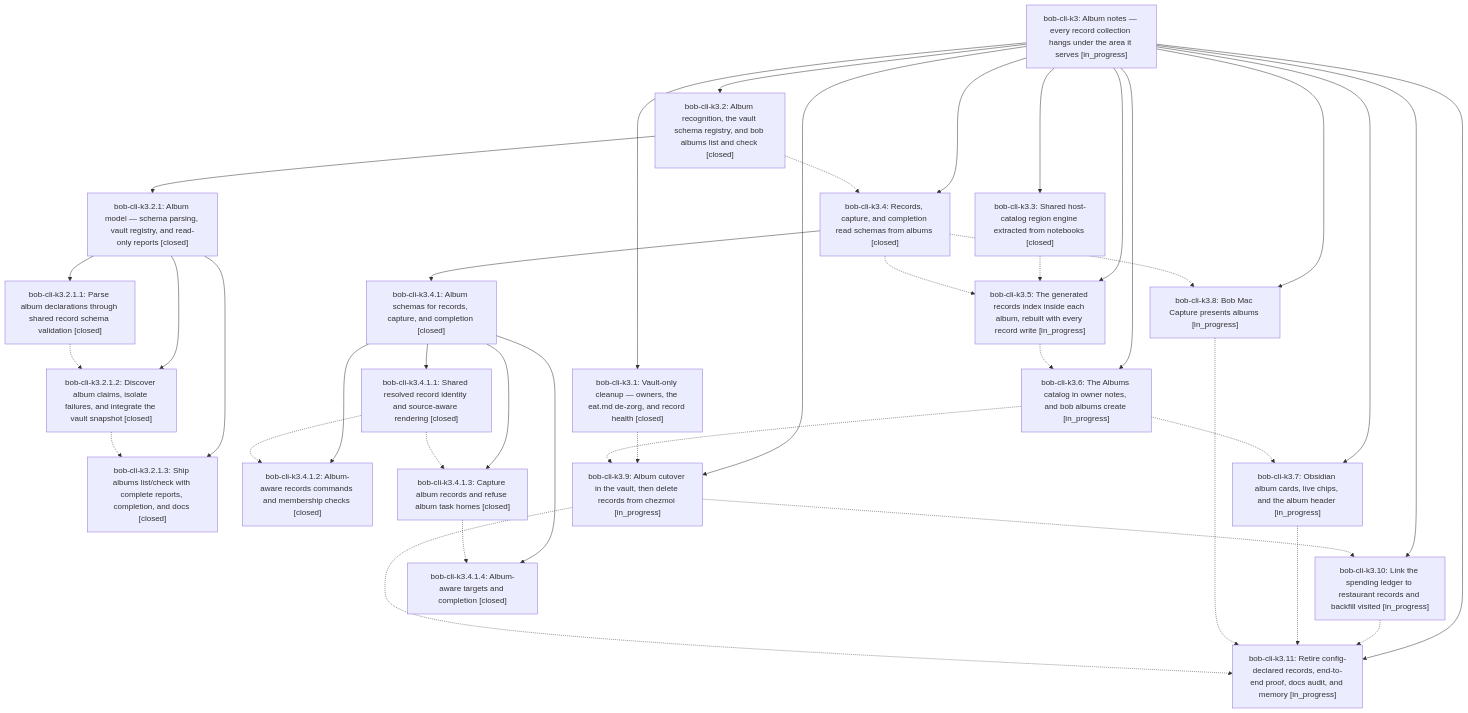
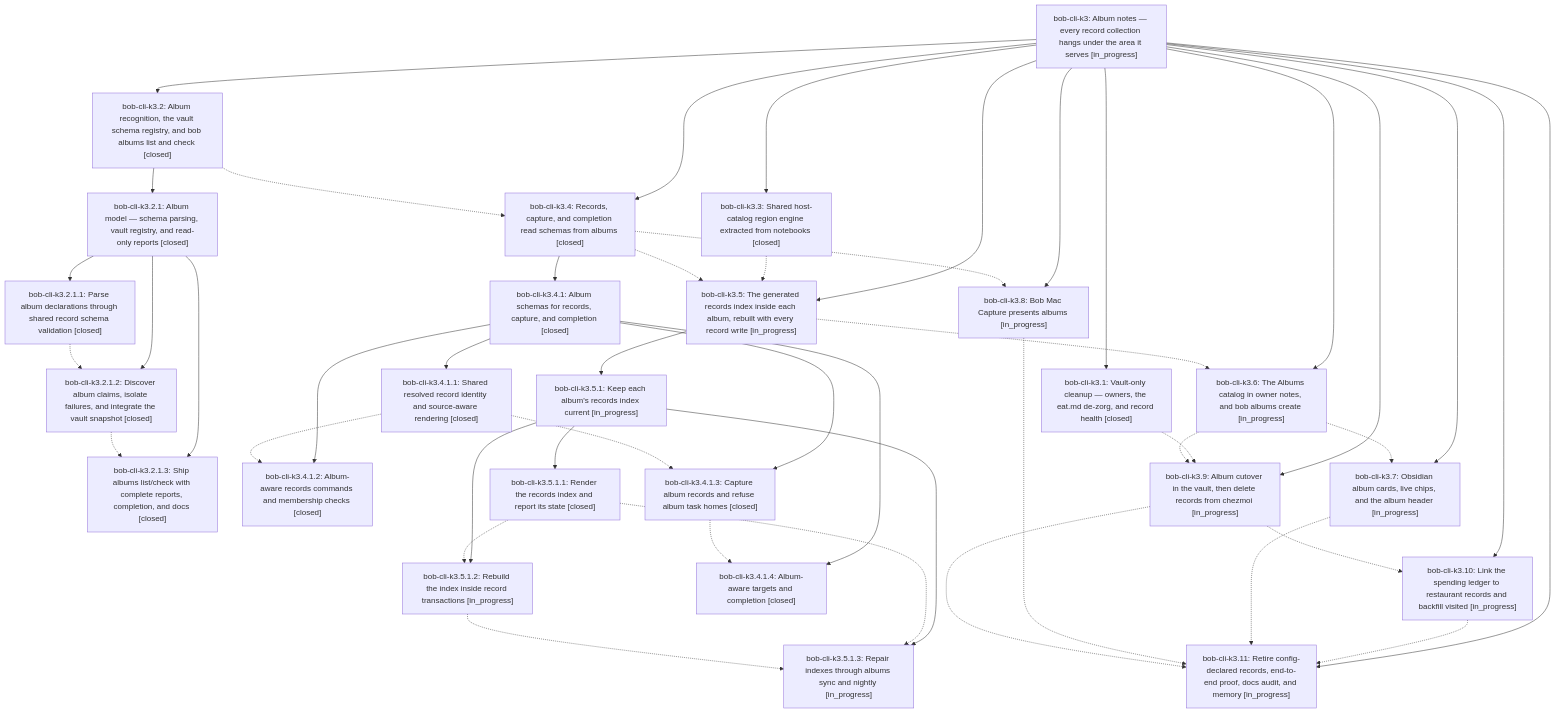
One commit to bobs-org/bob-cli--beads changed the diagram in pages/bob-cli-k3/README.md. Above: the diagram before and after it, drawn with Mermaid. The commit also changed other lines of this file and 6 other files, not shown here.

First line of the commit message:
chore(beads): sync bead state and pages for bob-cli-k3

````diff
--- a/pages/bob-cli-k3/README.md
+++ b/pages/bob-cli-k3/README.md
@@ -46,62 +46,73 @@
 ```mermaid
 flowchart TD
     n0["bob-cli-k3: Album notes — every record collection hangs under the area it serves [in_progress]"]
     n1["bob-cli-k3.1: Vault-only cleanup — owners, the eat.md de-zorg, and record health [closed]"]
     n2["bob-cli-k3.10: Link the spending ledger to restaurant records and backfill visited [in_progress]"]
     n3["bob-cli-k3.11: Retire config-declared records, end-to-end proof, docs audit, and memory [in_progress]"]
     n4["bob-cli-k3.2: Album recognition, the vault schema registry, and bob albums list and check [closed]"]
     n5["bob-cli-k3.2.1: Album model — schema parsing, vault registry, and read-only reports [closed]"]
     n6["bob-cli-k3.2.1.1: Parse album declarations through shared record schema validation [closed]"]
     n7["bob-cli-k3.2.1.2: Discover album claims, isolate failures, and integrate the vault snapshot [closed]"]
     n8["bob-cli-k3.2.1.3: Ship albums list/check with complete reports, completion, and docs [closed]"]
     n9["bob-cli-k3.3: Shared host-catalog region engine extracted from notebooks [closed]"]
     n10["bob-cli-k3.4: Records, capture, and completion read schemas from albums [closed]"]
     n11["bob-cli-k3.4.1: Album schemas for records, capture, and completion [closed]"]
     n12["bob-cli-k3.4.1.1: Shared resolved record identity and source-aware rendering [closed]"]
     n13["bob-cli-k3.4.1.2: Album-aware records commands and membership checks [closed]"]
     n14["bob-cli-k3.4.1.3: Capture album records and refuse album task homes [closed]"]
     n15["bob-cli-k3.4.1.4: Album-aware targets and completion [closed]"]
     n16["bob-cli-k3.5: The generated records index inside each album, rebuilt with every record write [in_progress]"]
-    n17["bob-cli-k3.6: The Albums catalog in owner notes, and bob albums create [in_progress]"]
-    n18["bob-cli-k3.7: Obsidian album cards, live chips, and the album header [in_progress]"]
-    n19["bob-cli-k3.8: Bob Mac Capture presents albums [in_progress]"]
-    n20["bob-cli-k3.9: Album cutover in the vault, then delete records from chezmoi [in_progress]"]
+    n17["bob-cli-k3.5.1: Keep each album's records index current [in_progress]"]
+    n18["bob-cli-k3.5.1.1: Render the records index and report its state [closed]"]
+    n19["bob-cli-k3.5.1.2: Rebuild the index inside record transactions [in_progress]"]
+    n20["bob-cli-k3.5.1.3: Repair indexes through albums sync and nightly [in_progress]"]
+    n21["bob-cli-k3.6: The Albums catalog in owner notes, and bob albums create [in_progress]"]
+    n22["bob-cli-k3.7: Obsidian album cards, live chips, and the album header [in_progress]"]
+    n23["bob-cli-k3.8: Bob Mac Capture presents albums [in_progress]"]
+    n24["bob-cli-k3.9: Album cutover in the vault, then delete records from chezmoi [in_progress]"]
     n0 --> n1
     n0 --> n2
     n0 --> n3
     n0 --> n4
     n4 --> n5
     n5 --> n6
     n5 --> n7
     n5 --> n8
     n0 --> n9
     n0 --> n10
     n10 --> n11
     n11 --> n12
     n11 --> n13
     n11 --> n14
     n11 --> n15
     n0 --> n16
-    n0 --> n17
-    n0 --> n18
-    n0 --> n19
-    n0 --> n20
-    n1 -.-> n20
+    n16 --> n17
+    n17 --> n18
+    n17 --> n19
+    n17 --> n20
+    n0 --> n21
+    n0 --> n22
+    n0 --> n23
+    n0 --> n24
+    n1 -.-> n24
     n2 -.-> n3
     n4 -.-> n10
     n6 -.-> n7
     n7 -.-> n8
     n9 -.-> n16
     n10 -.-> n16
-    n10 -.-> n19
+    n10 -.-> n23
     n12 -.-> n13
     n12 -.-> n14
     n14 -.-> n15
-    n16 -.-> n17
-    n17 -.-> n18
-    n17 -.-> n20
-    n18 -.-> n3
-    n19 -.-> n3
-    n20 -.-> n2
-    n20 -.-> n3
+    n16 -.-> n21
+    n18 -.-> n19
+    n18 -.-> n20
+    n19 -.-> n20
+    n21 -.-> n22
+    n21 -.-> n24
+    n22 -.-> n3
+    n23 -.-> n3
+    n24 -.-> n2
+    n24 -.-> n3
 ```
````
